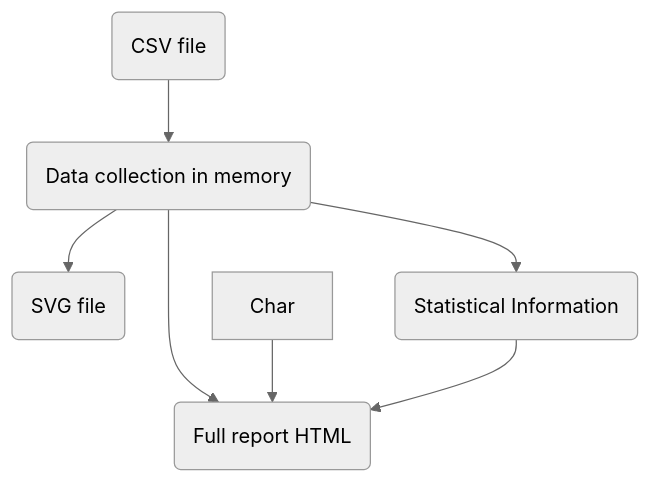
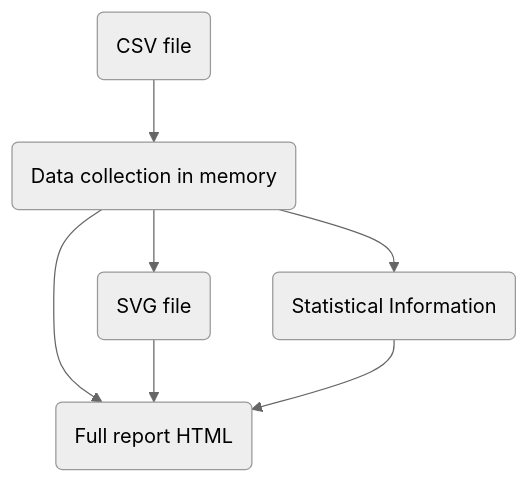
One commit to wolfangy/haskell changed the diagram in haskell-in-depth/ch03/ch3.md. Above: the diagram before and after it, drawn with Mermaid (neutral theme).

````diff
--- a/haskell-in-depth/ch03/ch3.md
+++ b/haskell-in-depth/ch03/ch3.md
@@ -16,9 +16,9 @@
 ```mermaid
 graph TD;
     Input(CSV file) --> Data(Data collection in memory)
     Data --> Chart(SVG file)
     Data --> Report(Full report HTML)
     Data --> Info(Statistical Information)
-    Char --> Report
+    Chart --> Report
     Info --> Report
 ```
````
